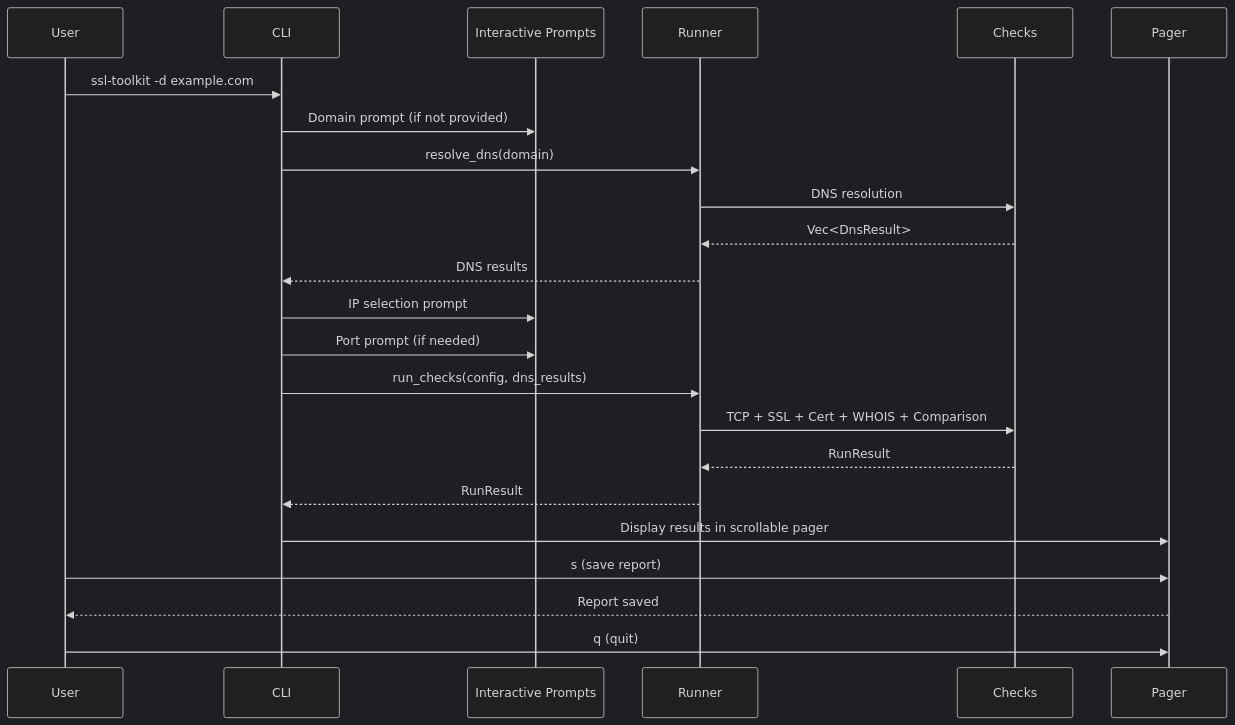
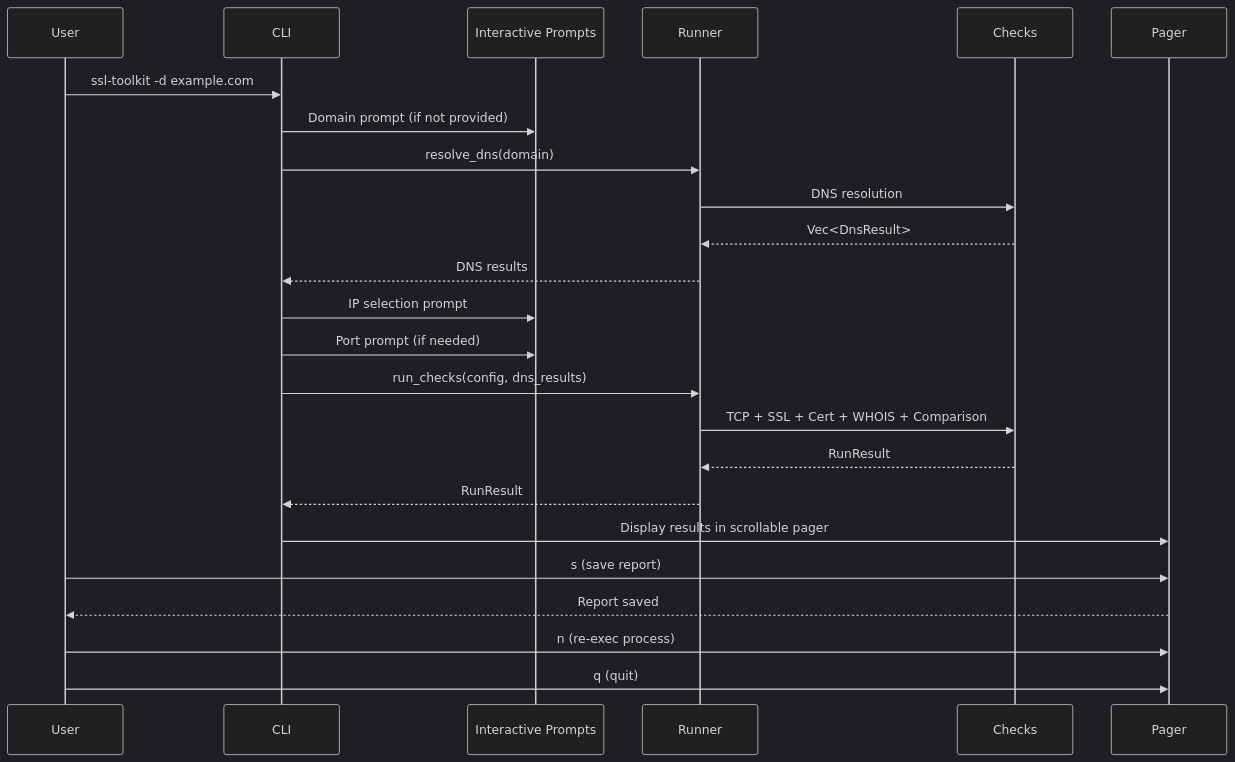
Before and after one commit to russmckendrick/ssl-toolkit: the sixth of 9 diagrams in docs/architecture.md, drawn with Mermaid (dark theme). The commit also changed other lines of this file and 3 other files, not shown here.

````diff
--- a/docs/architecture.md
+++ b/docs/architecture.md
@@ -390,26 +464,27 @@
 ```mermaid
 sequenceDiagram
     participant User
     participant CLI
     participant Prompts as Interactive Prompts
     participant Runner
     participant Checks
     participant Pager
 
     User->>CLI: ssl-toolkit -d example.com
     CLI->>Prompts: Domain prompt (if not provided)
     CLI->>Runner: resolve_dns(domain)
     Runner->>Checks: DNS resolution
     Checks-->>Runner: Vec<DnsResult>
     Runner-->>CLI: DNS results
     CLI->>Prompts: IP selection prompt
     CLI->>Prompts: Port prompt (if needed)
     CLI->>Runner: run_checks(config, dns_results)
     Runner->>Checks: TCP + SSL + Cert + WHOIS + Comparison
     Checks-->>Runner: RunResult
     Runner-->>CLI: RunResult
     CLI->>Pager: Display results in scrollable pager
     User->>Pager: s (save report)
     Pager-->>User: Report saved
+    User->>Pager: n (re-exec process)
     User->>Pager: q (quit)
 ```
````
